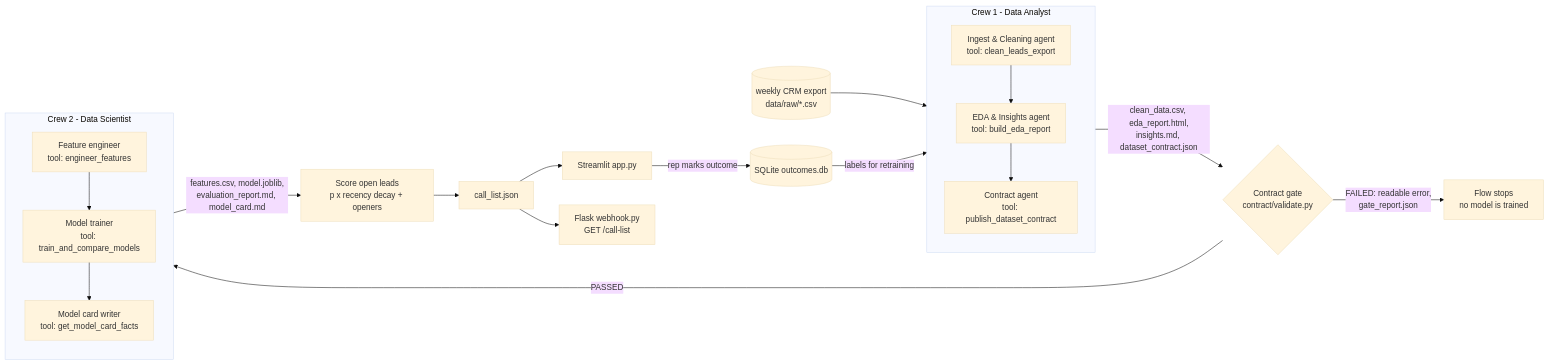
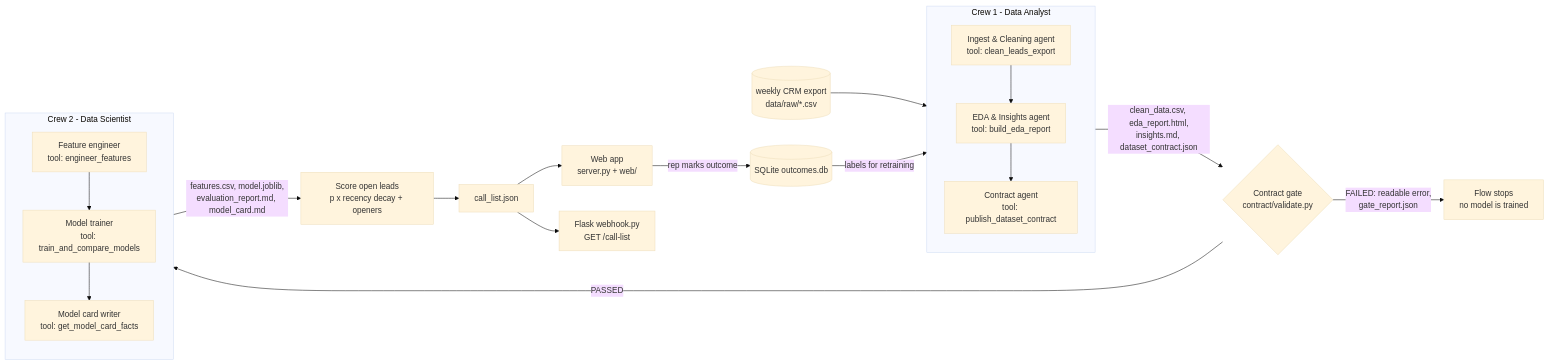
Before and after one commit to ethanmuli-collab/next-call: the diagram in README.md, drawn with Mermaid (base theme). The commit also changed other lines of this file and 13 other files, not shown here.

First line of the commit message:
T4.4: web app for the rep (Flask API + HTML/CSS/JS front end)

````diff
--- a/README.md
+++ b/README.md
@@ -19,18 +33,18 @@
 ```mermaid
 flowchart LR
     RAW[(weekly CRM export<br/>data/raw/*.csv)] --> C1
     subgraph C1[Crew 1 - Data Analyst]
         A1[Ingest & Cleaning agent<br/>tool: clean_leads_export] --> A2[EDA & Insights agent<br/>tool: build_eda_report] --> A3[Contract agent<br/>tool: publish_dataset_contract]
     end
     C1 -->|clean_data.csv, eda_report.html,<br/>insights.md, dataset_contract.json| G{Contract gate<br/>contract/validate.py}
     G -->|FAILED: readable error,<br/>gate_report.json| STOP[Flow stops<br/>no model is trained]
     G -->|PASSED| C2
     subgraph C2[Crew 2 - Data Scientist]
         B1[Feature engineer<br/>tool: engineer_features] --> B2[Model trainer<br/>tool: train_and_compare_models] --> B3[Model card writer<br/>tool: get_model_card_facts]
     end
     C2 -->|features.csv, model.joblib,<br/>evaluation_report.md, model_card.md| S[Score open leads<br/>p x recency decay + openers]
     S --> CL[call_list.json]
-    CL --> UI[Streamlit app.py]
+    CL --> UI[Web app<br/>server.py + web/]
     CL --> API[Flask webhook.py<br/>GET /call-list]
     UI -->|rep marks outcome| DB[(SQLite outcomes.db)] -->|labels for retraining| C1
 ```
````
